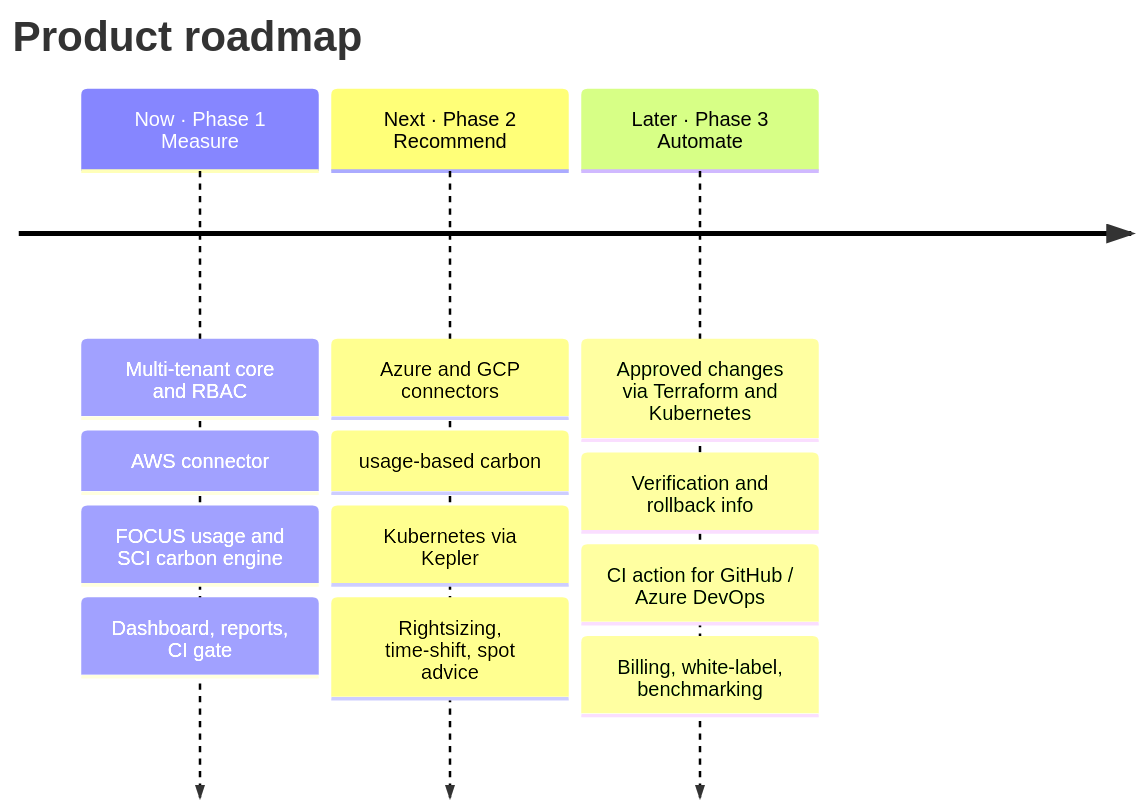
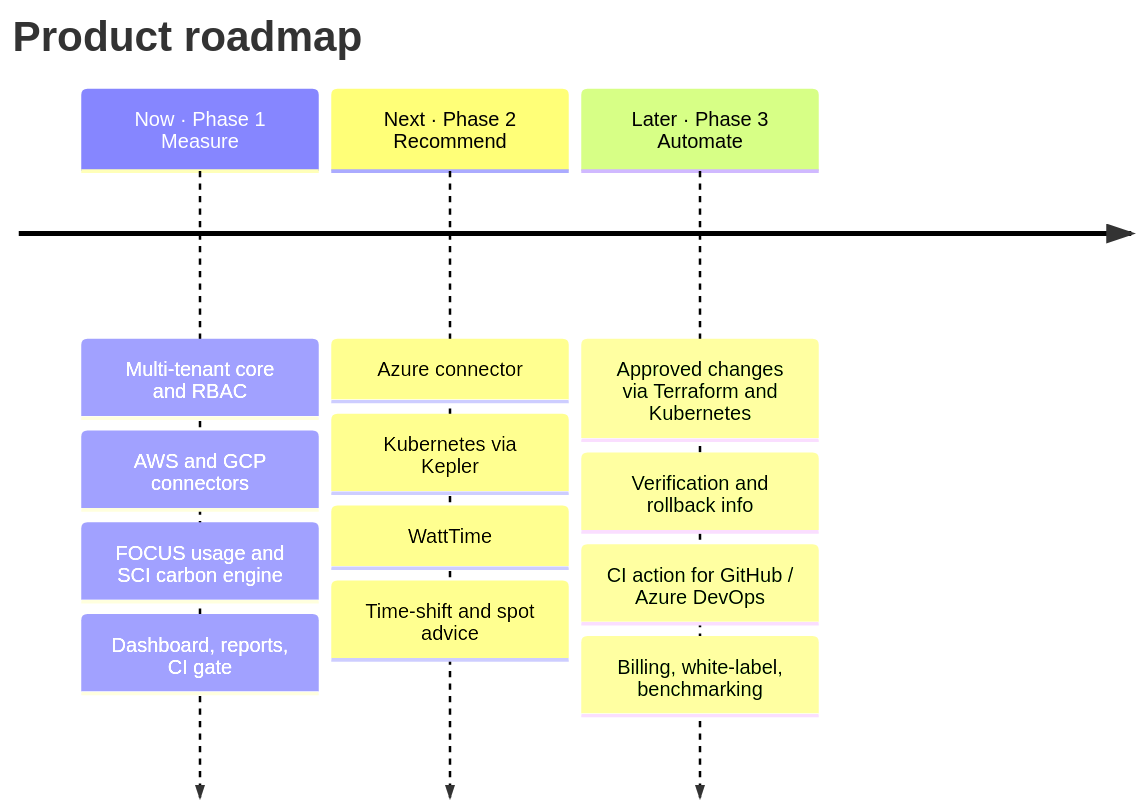
Before and after one commit to Quixgit/greenops-reliabilix: the diagram in README.md, drawn with Mermaid. The commit also changed other lines of this file and 30 other files, not shown here.

First line of the commit message:
GCP connector: Cloud Billing export in BigQuery with ownership proof, measured compute/storage and specific errors

````diff
--- a/README.md
+++ b/README.md
@@ -84,7 +84,7 @@
 ```mermaid
 timeline
     title Product roadmap
-    Now · Phase 1 Measure : Multi-tenant core and RBAC : AWS connector : FOCUS usage and SCI carbon engine : Dashboard, reports, CI gate
-    Next · Phase 2 Recommend : Azure and GCP connectors :  usage-based carbon : Kubernetes via Kepler : Rightsizing, time-shift, spot advice
+    Now · Phase 1 Measure : Multi-tenant core and RBAC : AWS and GCP connectors : FOCUS usage and SCI carbon engine : Dashboard, reports, CI gate
+    Next · Phase 2 Recommend : Azure connector : Kubernetes via Kepler : WattTime : Time-shift and spot advice
     Later · Phase 3 Automate : Approved changes via Terraform and Kubernetes : Verification and rollback info : CI action for GitHub / Azure DevOps : Billing, white-label, benchmarking
 ```
````
